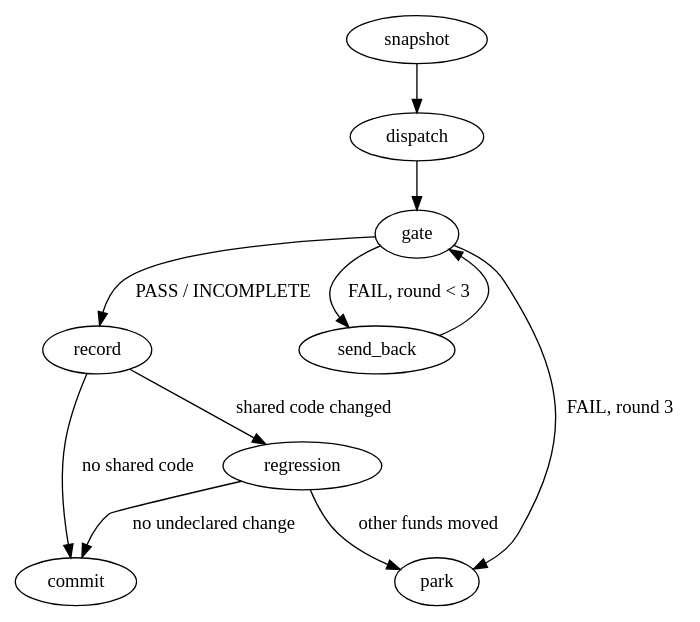
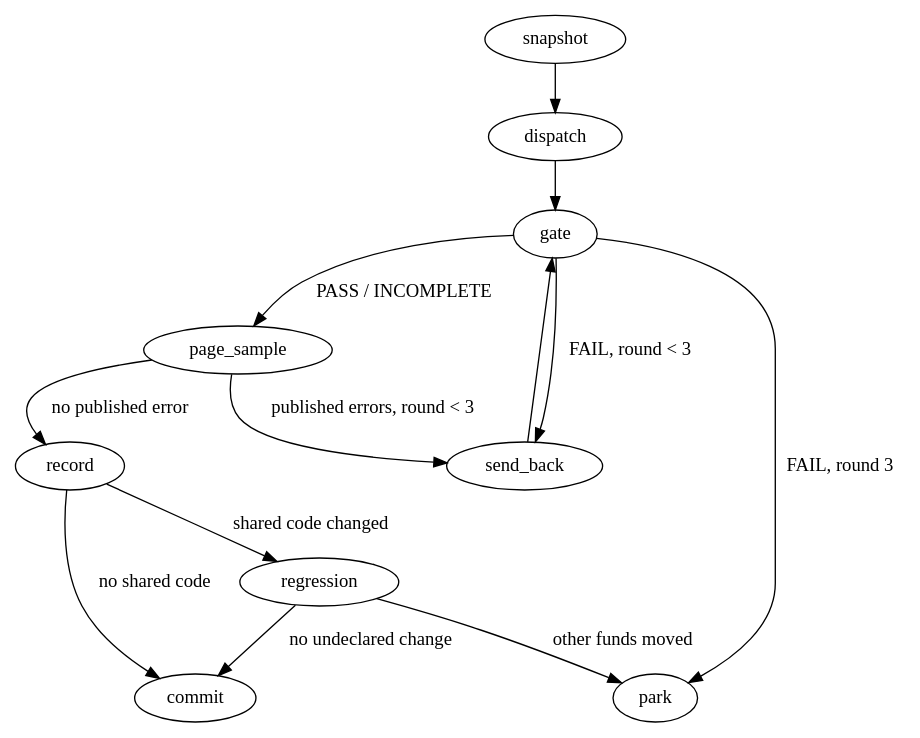
The diagram in .claude/skills/v05-fund-clearing/SKILL.md (JamesCAlger/privatemarketwatch), drawn with Graphviz before and after one commit. The commit also changed other lines of this file and 38 other files, not shown here.

First line of the commit message:
Issuer/instrument split: Blue Owl and BCRED wrappers, shared splitter (off), gate check and page sample (D-164)

````diff
--- a/.claude/skills/v05-fund-clearing/SKILL.md
+++ b/.claude/skills/v05-fund-clearing/SKILL.md
@@ -36,13 +36,15 @@
 ```dot
 digraph fund {
   snapshot -> dispatch -> gate;
-  gate -> record [label="PASS / INCOMPLETE"];
+  gate -> page_sample [label="PASS / INCOMPLETE"];
+  page_sample -> record [label="no published error"];
+  page_sample -> send_back [label="published errors, round < 3"];
   gate -> send_back [label="FAIL, round < 3"];
   send_back -> gate;
   gate -> park [label="FAIL, round 3"];
   record -> regression [label="shared code changed"];
   regression -> commit [label="no undeclared change"];
   regression -> park [label="other funds moved"];
   record -> commit [label="no shared code"];
 }
 ```
````
